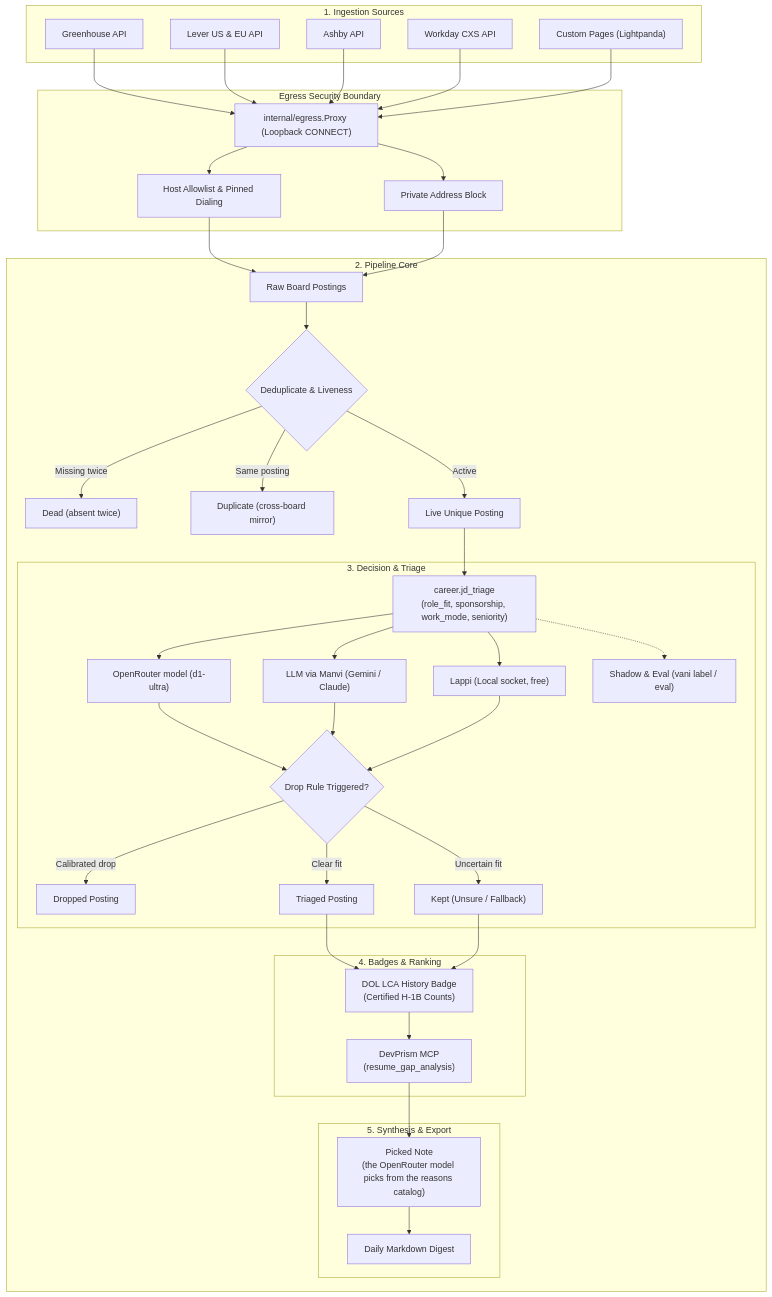
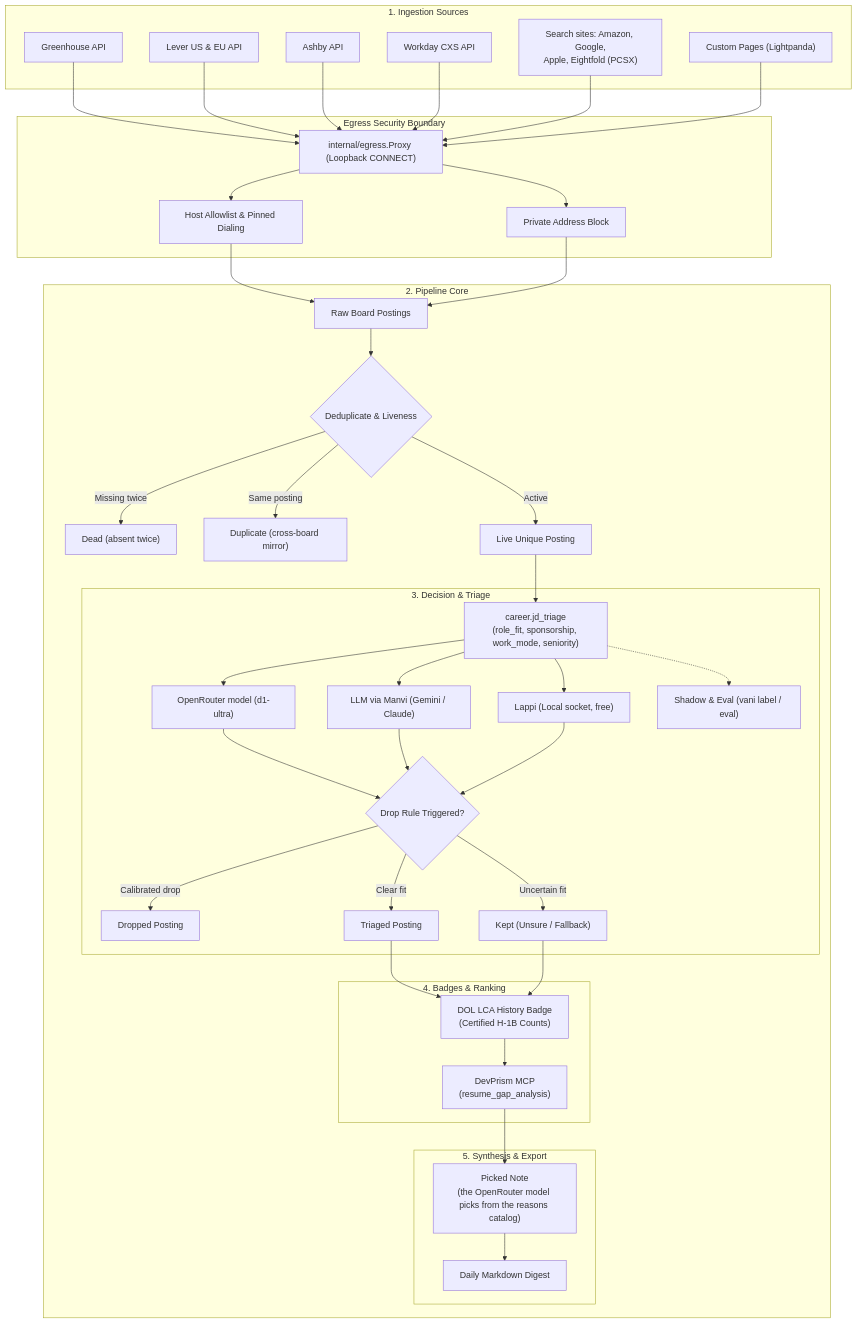
The first of 2 diagrams in README.md (bharathvbcr/vani), drawn with Mermaid before and after one commit. The commit also changed other lines of this file and 4 other files, not shown here.

First line of the commit message:
run: wire the amazon, google, apple and eightfold sources

````diff
--- a/README.md
+++ b/README.md
@@ -16,67 +16,68 @@
 ```mermaid
 flowchart TD
     subgraph Sources["1. Ingestion Sources"]
         GH["Greenhouse API"]
         LV["Lever US & EU API"]
         AB["Ashby API"]
         WD["Workday CXS API"]
+        SS["Search sites: Amazon, Google,\nApple, Eightfold (PCSX)"]
         PG["Custom Pages (Lightpanda)"]
     end
 
     subgraph Egress["Egress Security Boundary"]
         EP["internal/egress.Proxy (Loopback CONNECT)"]
         AL["Host Allowlist & Pinned Dialing"]
         PB["Private Address Block"]
     end
 
     subgraph Pipeline["2. Pipeline Core"]
         RAW["Raw Board Postings"]
         DEDUP{"Deduplicate & Liveness"}
         DEAD["Dead (absent twice)"]
         DUP["Duplicate (cross-board mirror)"]
         LIVE["Live Unique Posting"]
 
         subgraph Triage["3. Decision & Triage"]
             TR["career.jd_triage\n(role_fit, sponsorship, work_mode, seniority)"]
             JEV["OpenRouter model (d1-ultra)"]
             LLM["LLM via Manvi (Gemini / Claude)"]
             LAP["Lappi (Local socket, free)"]
             SHADOW["Shadow & Eval (vani label / eval)"]
             DROP_RULE{"Drop Rule Triggered?"}
             DROP["Dropped Posting"]
             UNSURE["Kept (Unsure / Fallback)"]
             TRIAGED["Triaged Posting"]
         end
 
         subgraph Enrich["4. Badges & Ranking"]
             LCA["DOL LCA History Badge\n(Certified H-1B Counts)"]
             DEVPRISM["DevPrism MCP\n(resume_gap_analysis)"]
         end
 
         subgraph Output["5. Synthesis & Export"]
             EXP["Picked Note\n(the OpenRouter model picks from the reasons catalog)"]
             DIGEST["Daily Markdown Digest"]
         end
     end
 
-    GH & LV & AB & WD --> EP
+    GH & LV & AB & WD & SS --> EP
     PG --> EP
     EP --> AL & PB --> RAW
     RAW --> DEDUP
     DEDUP -->|Missing twice| DEAD
     DEDUP -->|Same posting| DUP
     DEDUP -->|Active| LIVE
 
     LIVE --> TR
     TR --> JEV & LLM & LAP
     TR -.-> SHADOW
     JEV & LLM & LAP --> DROP_RULE
     DROP_RULE -->|Calibrated drop| DROP
     DROP_RULE -->|Uncertain fit| UNSURE
     DROP_RULE -->|Clear fit| TRIAGED
 
     TRIAGED & UNSURE --> LCA
     LCA --> DEVPRISM
     DEVPRISM --> EXP
     EXP --> DIGEST
 ```
````
